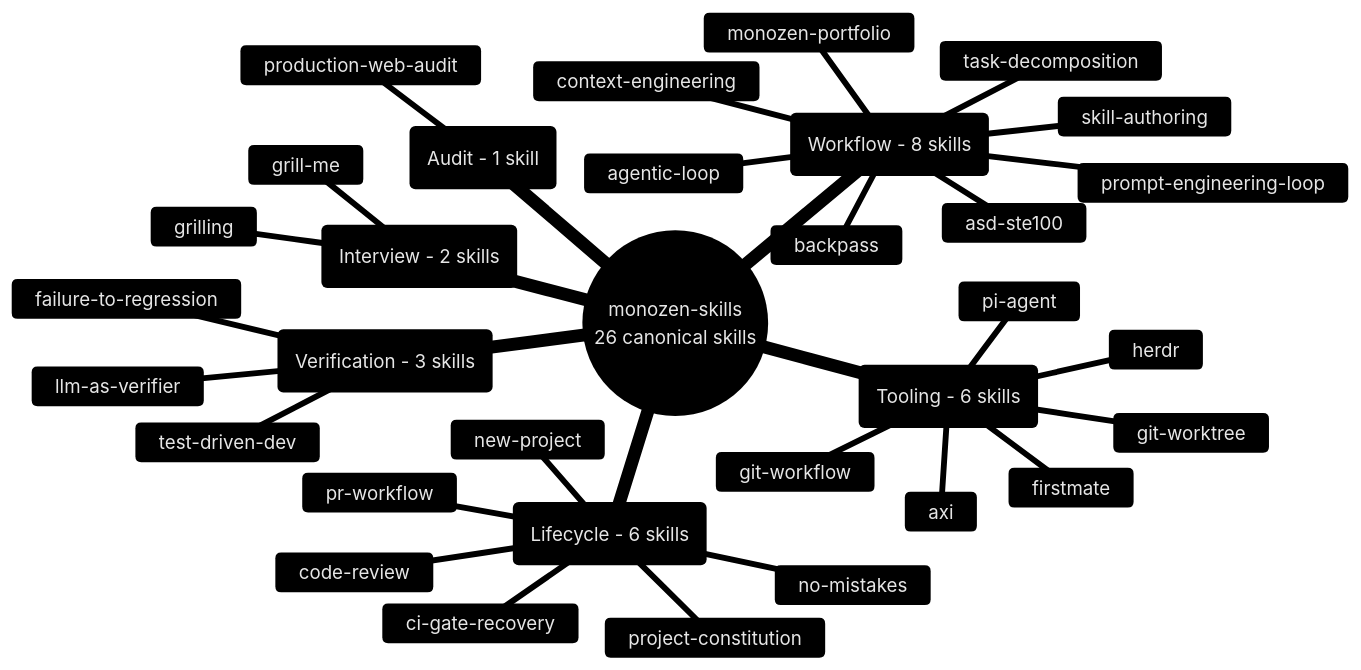
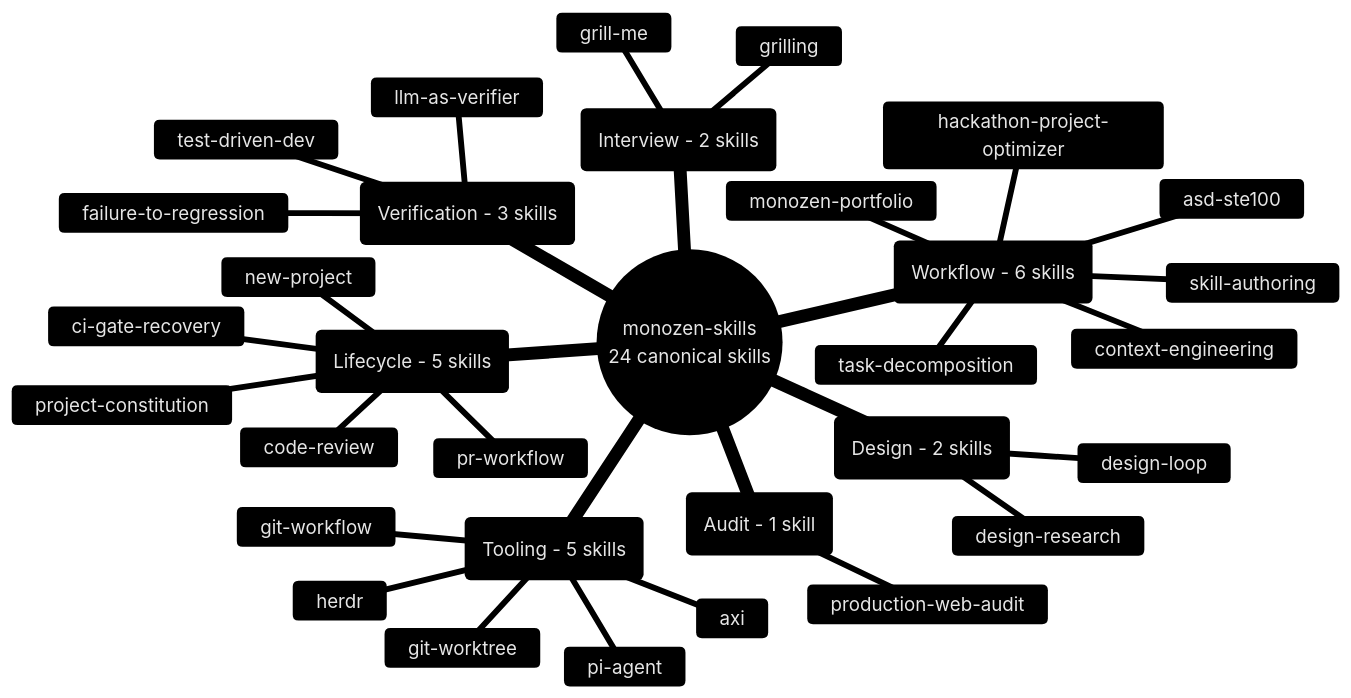
One commit to 8-BitRhyon/monozen-skills changed the diagram in assets/skill-taxonomy.mmd. Above: the diagram before and after it, drawn with Mermaid. The commit also changed 33 other files, not shown here.

First line of the commit message:
feat(skills): overhaul collection and add design iteration loop

```diff
--- a/assets/skill-taxonomy.mmd
+++ b/assets/skill-taxonomy.mmd
@@ -1,36 +1,35 @@
 %%{init: {'theme': 'base', 'themeVariables': {'primaryColor': '#1a1a2e', 'primaryTextColor': '#e6e6e6', 'primaryBorderColor': '#8b7eff', 'lineColor': '#5a5a8a', 'secondaryColor': '#12132b', 'tertiaryColor': '#0b0c15', 'fontFamily': 'Inter, system-ui, sans-serif'}}}%%
 
 mindmap
-  root((monozen-skills<br/>26 canonical skills))
-    ::_(Lifecycle - 6 skills)
+  root((monozen-skills<br/>24 canonical skills))
+    ::_(Lifecycle - 5 skills)
       new-project
       project-constitution
       code-review
       pr-workflow
       ci-gate-recovery
-      no-mistakes
     ::_(Verification - 3 skills)
       test-driven-dev
       failure-to-regression
       llm-as-verifier
     ::_(Interview - 2 skills)
       grill-me
       grilling
-    ::_(Workflow - 8 skills)
-      agentic-loop
+    ::_(Workflow - 6 skills)
       asd-ste100
-      backpass
+      hackathon-project-optimizer
       monozen-portfolio
       task-decomposition
       context-engineering
-      prompt-engineering-loop
       skill-authoring
+    ::_(Design - 2 skills)
+      design-loop
+      design-research
     ::_(Audit - 1 skill)
       production-web-audit
-    ::_(Tooling - 6 skills)
+    ::_(Tooling - 5 skills)
       axi
-      firstmate
       pi-agent
       herdr
       git-worktree
       git-workflow
```
